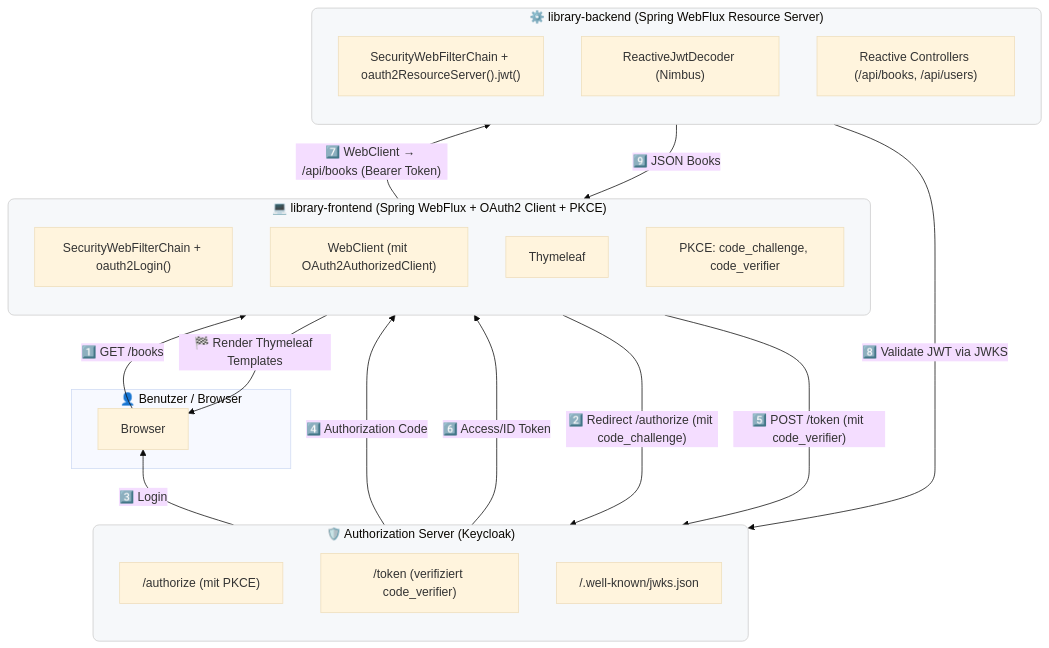
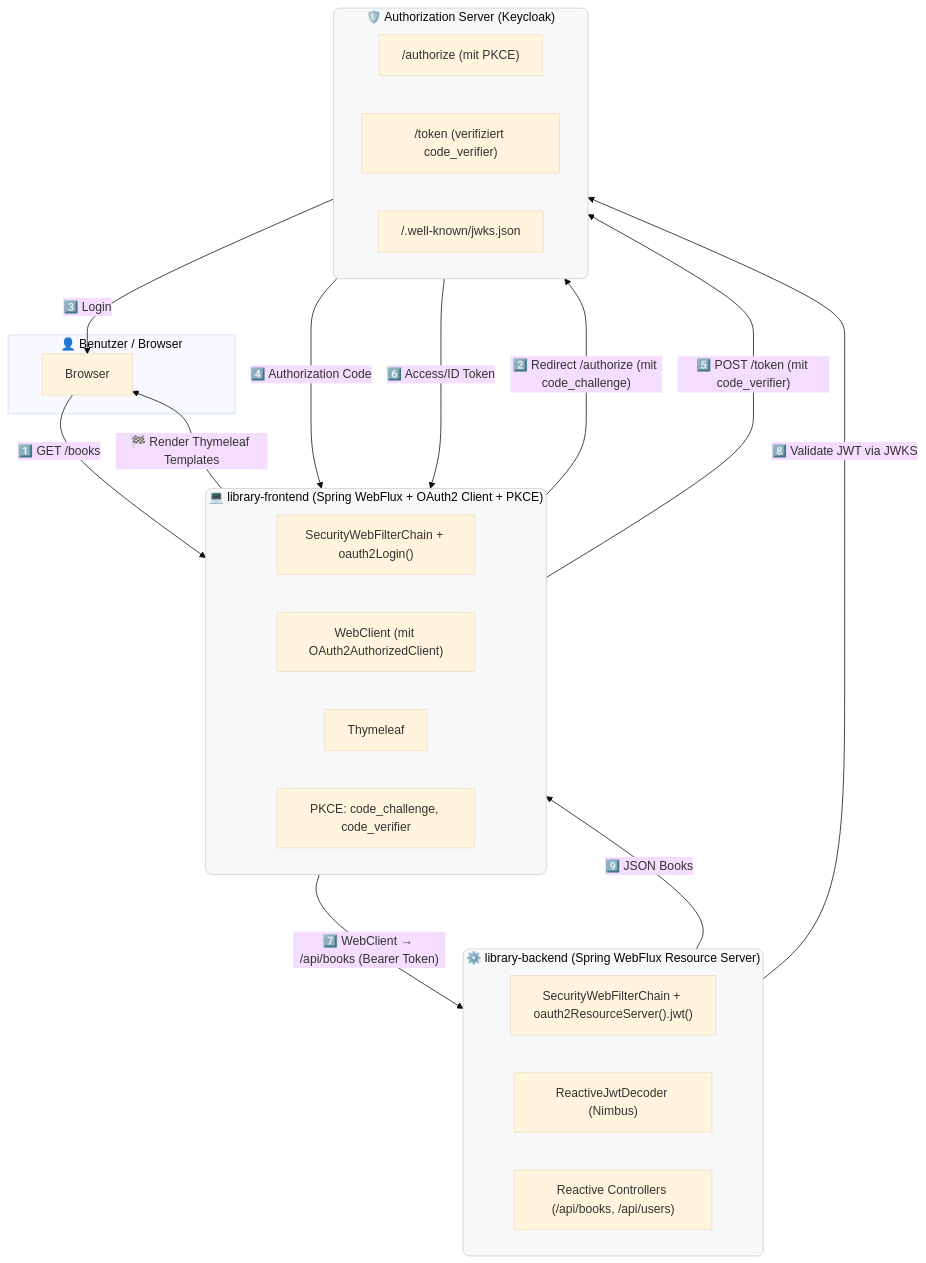
The diagram in README.md (kergru/library-reactive), drawn with Mermaid (base theme) before and after one commit. The commit also changed other lines of this file, not shown here.

````diff
--- a/README.md
+++ b/README.md
@@ -43,47 +43,47 @@
 ```mermaid
-flowchart BT
+flowchart TB
 %% --- FRONTEND ---
     subgraph FRONTEND["💻 library-frontend (Spring WebFlux + OAuth2 Client + PKCE)"]
         F1["SecurityWebFilterChain + oauth2Login()"]
         F2["WebClient (mit OAuth2AuthorizedClient)"]
         F3["Thymeleaf"]
         F4["PKCE: code_challenge, code_verifier"]
     end
 
 %% --- BACKEND ---
     subgraph BACKEND["⚙️ library-backend (Spring WebFlux Resource Server)"]
         B1["SecurityWebFilterChain + oauth2ResourceServer().jwt()"]
         B2["ReactiveJwtDecoder (Nimbus)"]
         B3["Reactive Controllers (/api/books, /api/users)"]
     end
 
 %% --- AUTH SERVER ---
     subgraph AUTH["🛡️ Authorization Server (Keycloak)"]
         A1["/authorize (mit PKCE)"]
         A2["/token (verifiziert code_verifier)"]
         A3["/.well-known/jwks.json"]
     end
 
 %% --- USER ---
     subgraph USER["👤 Benutzer / Browser"]
         U1["Browser"]
     end
 
 %% --- FLOWS ---
     U1 -->|"1️⃣ GET /books"| FRONTEND
     FRONTEND -->|"2️⃣ Redirect /authorize (mit code_challenge)"| AUTH
     AUTH -->|"3️⃣ Login"| U1
     AUTH -->|"4️⃣ Authorization Code"| FRONTEND
     FRONTEND -->|"5️⃣ POST /token (mit code_verifier)"| AUTH
     AUTH -->|"6️⃣ Access/ID Token"| FRONTEND
     FRONTEND -->|"7️⃣ WebClient → /api/books (Bearer Token)"| BACKEND
     BACKEND -->|"8️⃣ Validate JWT via JWKS"| AUTH
     BACKEND -->|"9️⃣ JSON Books"| FRONTEND
     FRONTEND -->|"🏁 Render Thymeleaf Templates"| U1
 
 %% --- STYLING ---
     classDef comp fill:#f6f8fa,stroke:#ccc,stroke-width:1px,rx:8px,ry:8px;
     class FRONTEND comp;
     class BACKEND comp;
     class AUTH comp;
 ```
````
